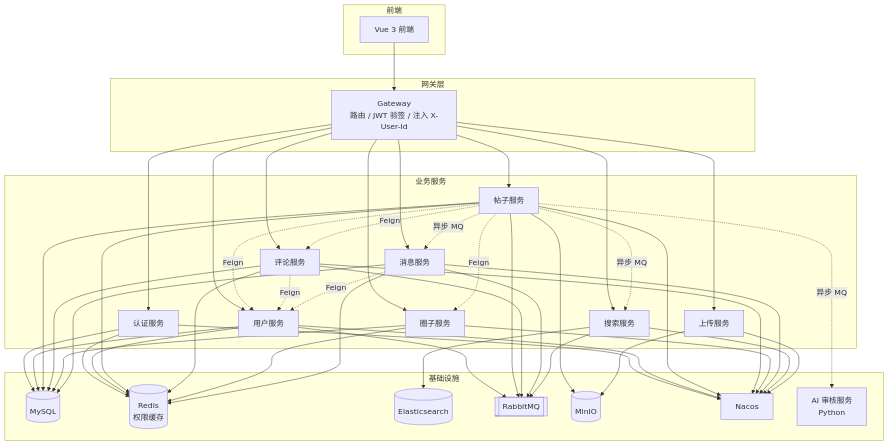
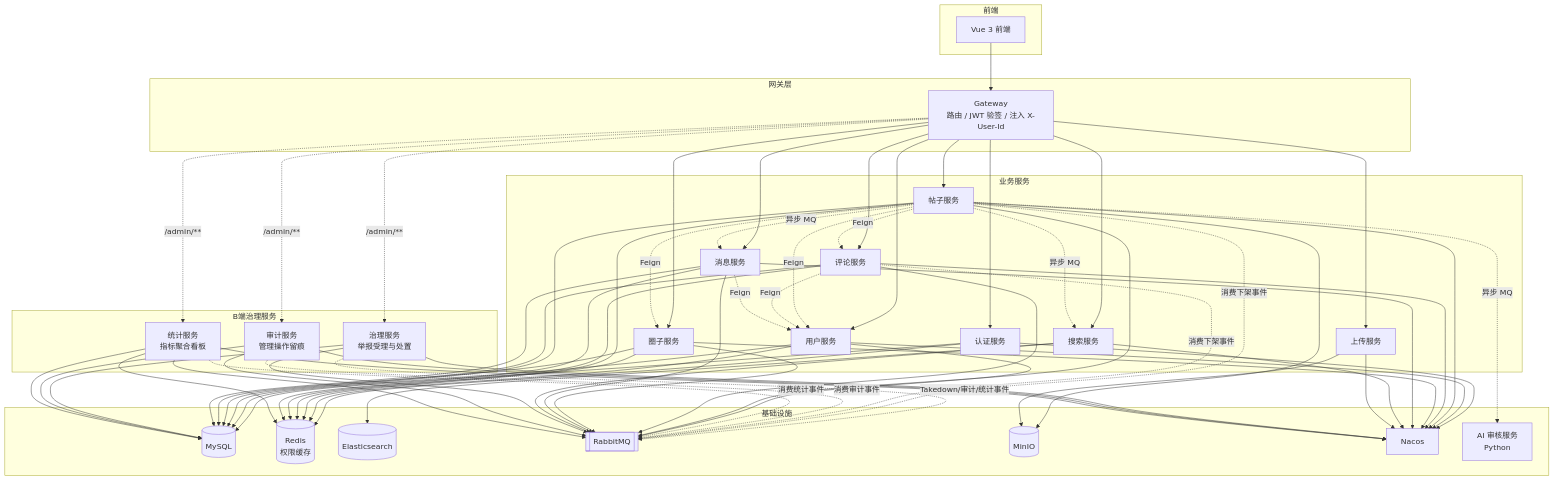
Before and after one commit to touche-s/cyxz: the diagram in README.md, drawn with Mermaid. The commit also changed other lines of this file and 9 other files, not shown here.

````diff
--- a/README.md
+++ b/README.md
@@ -24,48 +24,62 @@
 ```mermaid
 graph TB
     subgraph 前端
         FE[Vue 3 前端]
     end
 
     subgraph 网关层
         GW[Gateway<br/>路由 / JWT 验签 / 注入 X-User-Id]
     end
 
     subgraph 业务服务
         AUTH[认证服务]
         USER[用户服务]
         POST[帖子服务]
         COMMENT[评论服务]
         CIRCLE[圈子服务]
         MESSAGE[消息服务]
         SEARCH[搜索服务]
         UPLOAD[上传服务]
     end
 
+    subgraph B端治理服务
+        GOVERNANCE[治理服务<br/>举报受理与处置]
+        AUDIT[审计服务<br/>管理操作留痕]
+        ANALYTICS[统计服务<br/>指标聚合看板]
+    end
+
     subgraph 基础设施
         MYSQL[(MySQL)]
         REDIS[(Redis<br/>权限缓存)]
         ES[(Elasticsearch)]
         MQ[[RabbitMQ]]
         MINIO[(MinIO)]
         NACOS[Nacos]
         AI[AI 审核服务<br/>Python]
     end
 
     FE --> GW
     GW --> AUTH & USER & POST & COMMENT & CIRCLE & MESSAGE & SEARCH & UPLOAD
+    GW -. /admin/** .-> GOVERNANCE & AUDIT & ANALYTICS
 
     POST -. Feign .-> USER & COMMENT & CIRCLE
     POST -. 异步 MQ .-> MESSAGE & SEARCH & AI
     COMMENT -. Feign .-> USER
     MESSAGE -. Feign .-> USER
+    GOVERNANCE -. Takedown/审计/统计事件 .-> MQ
+    POST & COMMENT -. 消费下架事件 .-> MQ
+    AUDIT -. 消费审计事件 .-> MQ
+    ANALYTICS -. 消费统计事件 .-> MQ
 
     AUTH --> MYSQL & REDIS & NACOS
     USER --> MYSQL & REDIS & MQ & NACOS
     POST --> MYSQL & REDIS & MQ & MINIO & NACOS
     COMMENT --> MYSQL & REDIS & MQ & NACOS
-    CIRCLE --> MYSQL & REDIS & NACOS
+    CIRCLE --> MYSQL & REDIS & MQ & NACOS
     MESSAGE --> MYSQL & REDIS & MQ & NACOS
     SEARCH --> ES & MQ & NACOS
     UPLOAD --> MINIO & NACOS
+    GOVERNANCE --> MYSQL & MQ & NACOS
+    AUDIT --> MYSQL & MQ & NACOS
+    ANALYTICS --> MYSQL & REDIS & MQ & NACOS
 ```
````
